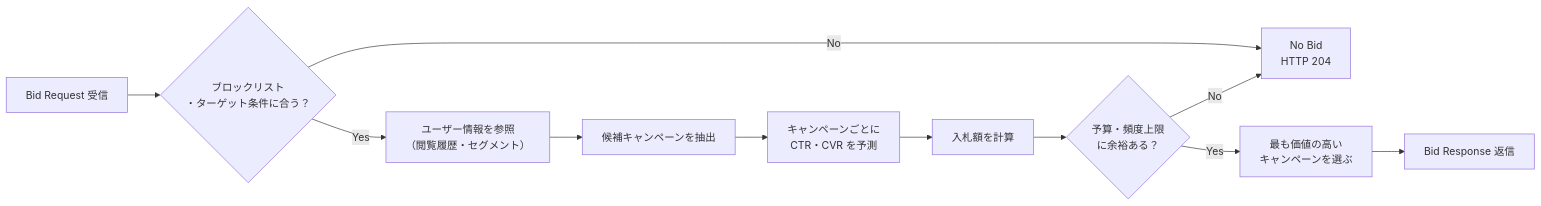
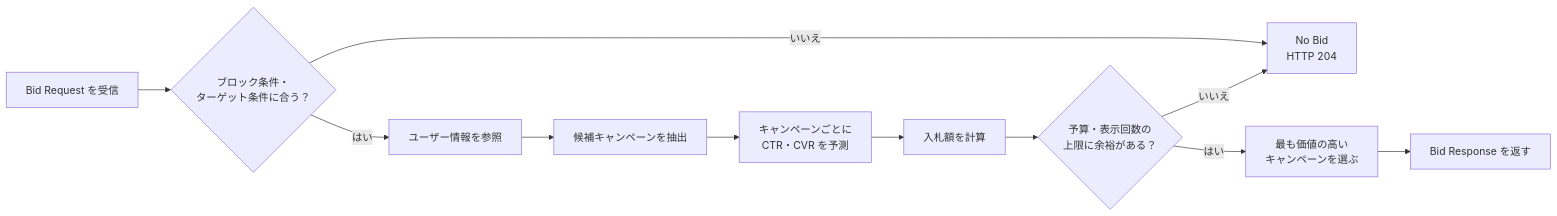
One commit to yasut0ra/rtb-study changed the second of 3 diagrams in docs/02-rtb-flow.md. Above: the diagram before and after it, drawn with Mermaid. The commit also changed other lines of this file and 36 other files, not shown here.

````diff
--- a/docs/02-rtb-flow.md
+++ b/docs/02-rtb-flow.md
@@ -101,13 +72,13 @@
 ```mermaid
 flowchart LR
-    R[Bid Request 受信] --> F1{ブロックリスト<br/>・ターゲット条件に合う？}
-    F1 -- No --> NB[No Bid<br/>HTTP 204]
-    F1 -- Yes --> U[ユーザー情報を参照<br/>（閲覧履歴・セグメント）]
+    R[Bid Request を受信] --> F1{ブロック条件・<br/>ターゲット条件に合う？}
+    F1 -- いいえ --> NB[No Bid<br/>HTTP 204]
+    F1 -- はい --> U[ユーザー情報を参照]
     U --> C[候補キャンペーンを抽出]
     C --> P[キャンペーンごとに<br/>CTR・CVR を予測]
     P --> V[入札額を計算]
-    V --> B{予算・頻度上限<br/>に余裕ある？}
-    B -- No --> NB
-    B -- Yes --> S[最も価値の高い<br/>キャンペーンを選ぶ]
-    S --> RES[Bid Response 返信]
+    V --> B{予算・表示回数の<br/>上限に余裕がある？}
+    B -- いいえ --> NB
+    B -- はい --> S[最も価値の高い<br/>キャンペーンを選ぶ]
+    S --> RES[Bid Response を返す]
 ```
````
